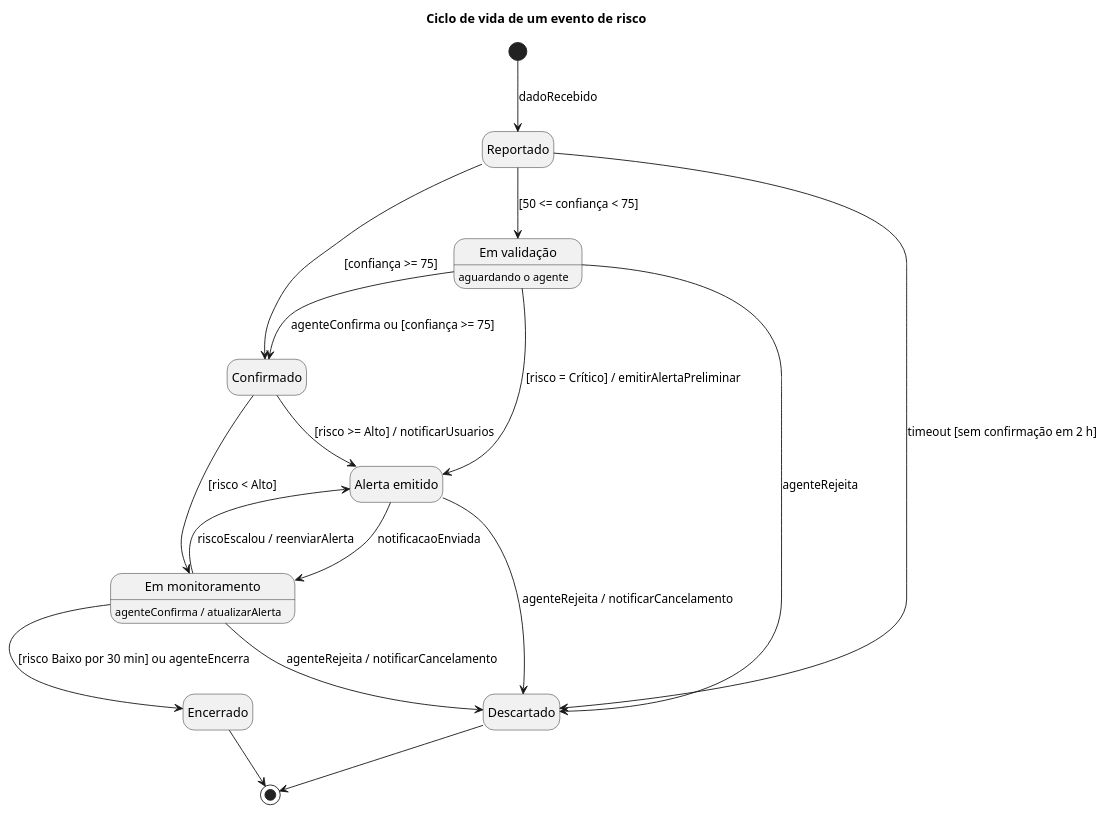
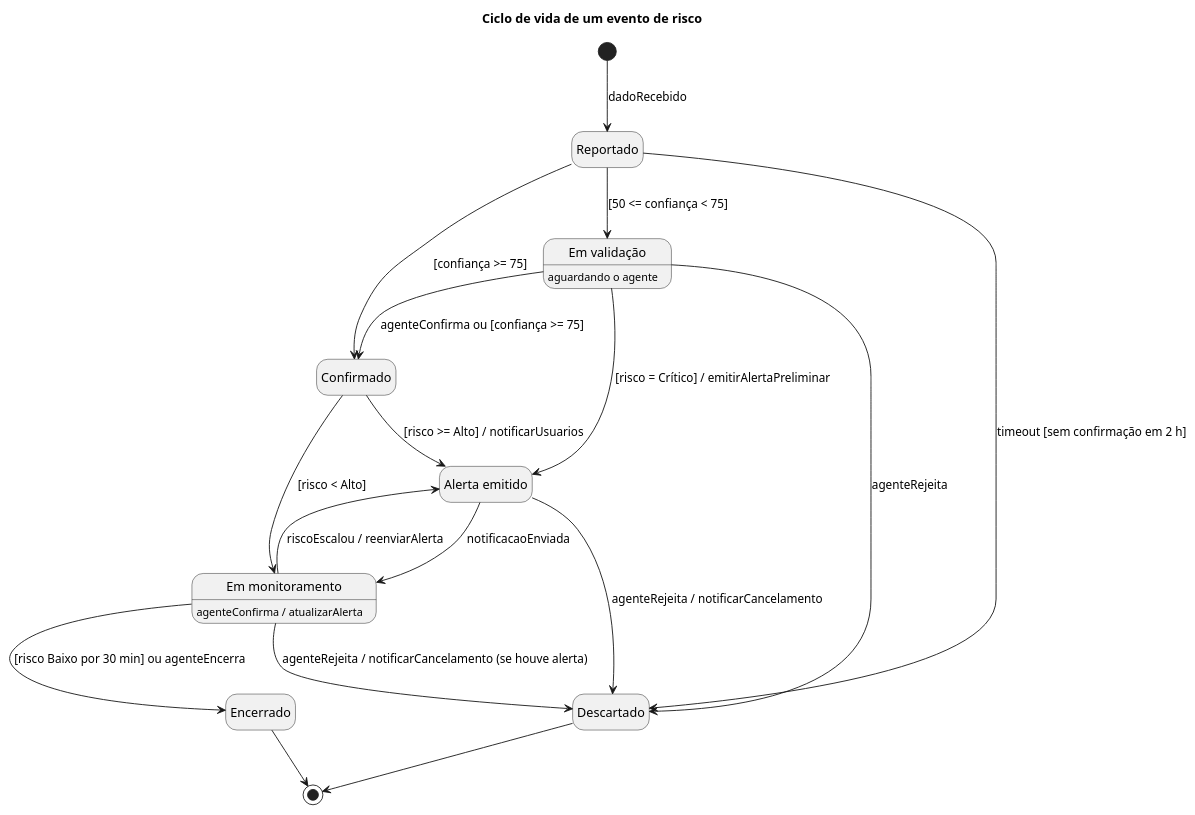
The diagram in docs/diagramas/estados.puml (IsaacEmerick/urban-risk-platform), drawn with PlantUML before and after one commit. The commit also changed 5 other files, not shown here.

```diff
--- a/docs/diagramas/estados.puml
+++ b/docs/diagramas/estados.puml
@@ -1,33 +1,33 @@
 @startuml estados
 title Ciclo de vida de um evento de risco
 hide empty description
 state Reportado
 state "Em validação" as EmValidacao
 state Confirmado
 state "Alerta emitido" as AlertaEmitido
 state "Em monitoramento" as EmMonitoramento
 state Encerrado
 state Descartado
 
 ' Em validação = aguardando a decisão do agente (RN02)
 EmValidacao : aguardando o agente
 ' Transição interna: confirma o alerta preliminar e remove a marca "não confirmado"
 EmMonitoramento : agenteConfirma / atualizarAlerta
 
 [*] --> Reportado : dadoRecebido
 Reportado --> Confirmado : [confiança >= 75]
 Reportado --> EmValidacao : [50 <= confiança < 75]
 Reportado --> Descartado : timeout [sem confirmação em 2 h]
 EmValidacao --> Confirmado : agenteConfirma ou [confiança >= 75]
 EmValidacao --> AlertaEmitido : [risco = Crítico] / emitirAlertaPreliminar
 EmValidacao --> Descartado : agenteRejeita
 Confirmado --> AlertaEmitido : [risco >= Alto] / notificarUsuarios
 Confirmado --> EmMonitoramento : [risco < Alto]
 AlertaEmitido --> EmMonitoramento : notificacaoEnviada
 AlertaEmitido --> Descartado : agenteRejeita / notificarCancelamento
 EmMonitoramento --> AlertaEmitido : riscoEscalou / reenviarAlerta
-EmMonitoramento --> Descartado : agenteRejeita / notificarCancelamento
+EmMonitoramento --> Descartado : agenteRejeita / notificarCancelamento (se houve alerta)
 EmMonitoramento --> Encerrado : [risco Baixo por 30 min] ou agenteEncerra
 Encerrado --> [*]
 Descartado --> [*]
 @enduml
```
